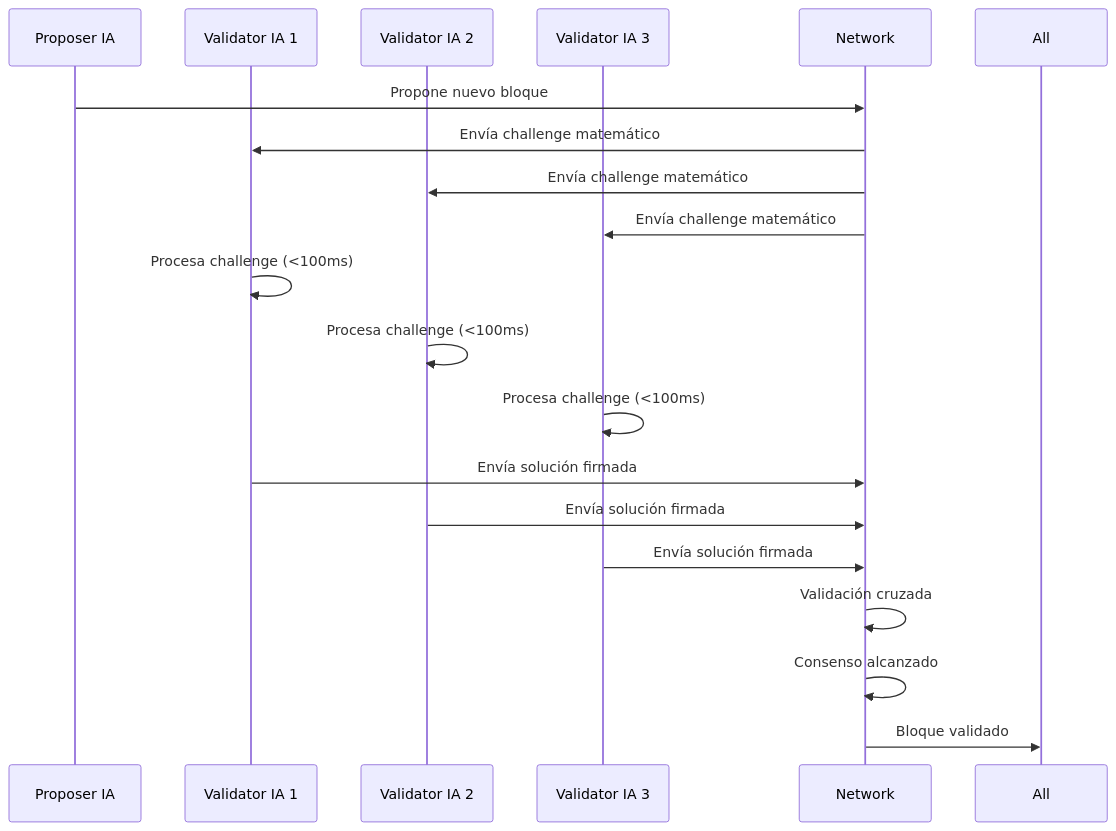
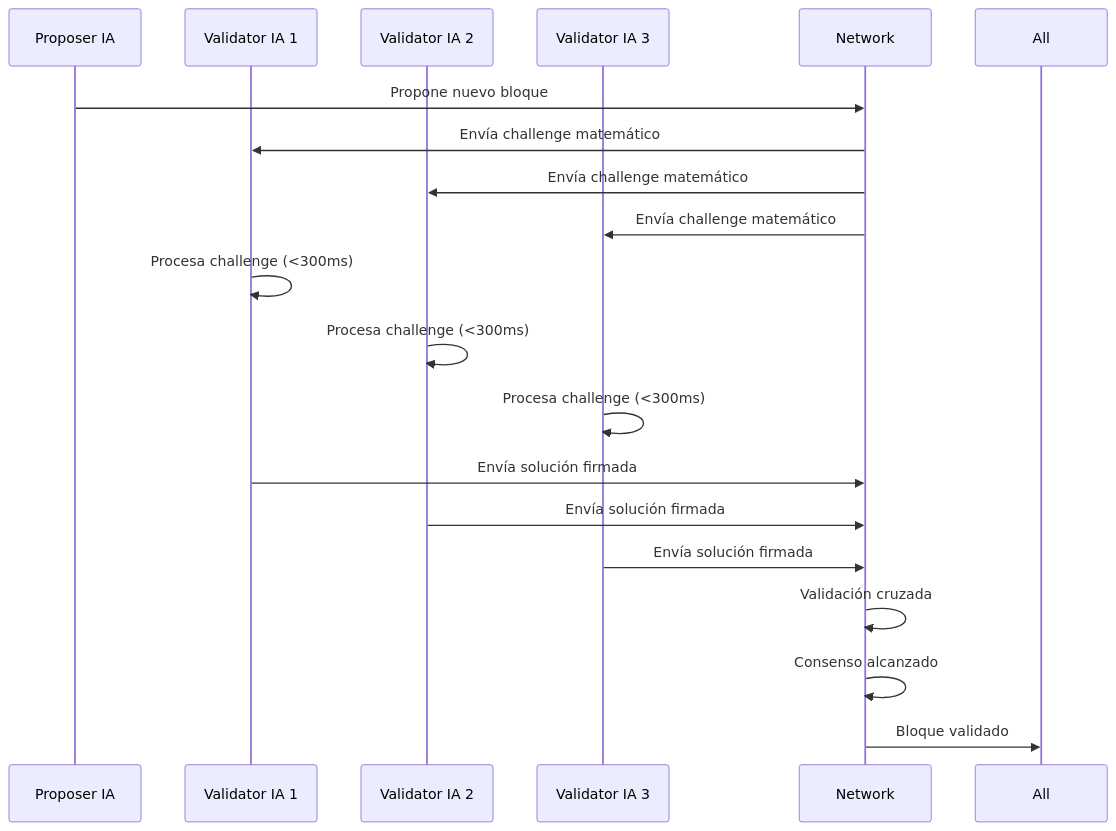
The second of 12 diagrams in docs/Technical_Whitepaper.md (Zollkron/gamerchain), drawn with Mermaid before and after one commit. The commit also changed other lines of this file and 33 other files, not shown here.

````diff
--- a/docs/Technical_Whitepaper.md
+++ b/docs/Technical_Whitepaper.md
@@ -171,25 +171,25 @@
 ```mermaid
 sequenceDiagram
     participant P as Proposer IA
     participant V1 as Validator IA 1
     participant V2 as Validator IA 2
     participant V3 as Validator IA 3
     participant N as Network
     
     P->>N: Propone nuevo bloque
     N->>V1: Envía challenge matemático
     N->>V2: Envía challenge matemático  
     N->>V3: Envía challenge matemático
     
-    V1->>V1: Procesa challenge (<100ms)
-    V2->>V2: Procesa challenge (<100ms)
-    V3->>V3: Procesa challenge (<100ms)
+    V1->>V1: Procesa challenge (<300ms)
+    V2->>V2: Procesa challenge (<300ms)
+    V3->>V3: Procesa challenge (<300ms)
     
     V1->>N: Envía solución firmada
     V2->>N: Envía solución firmada
     V3->>N: Envía solución firmada
     
     N->>N: Validación cruzada
     N->>N: Consenso alcanzado
     N->>All: Bloque validado
 ```
````
